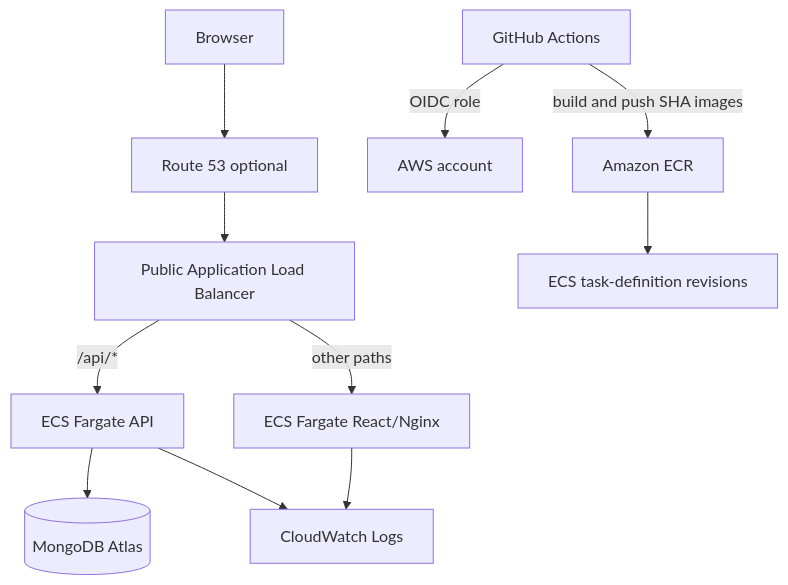
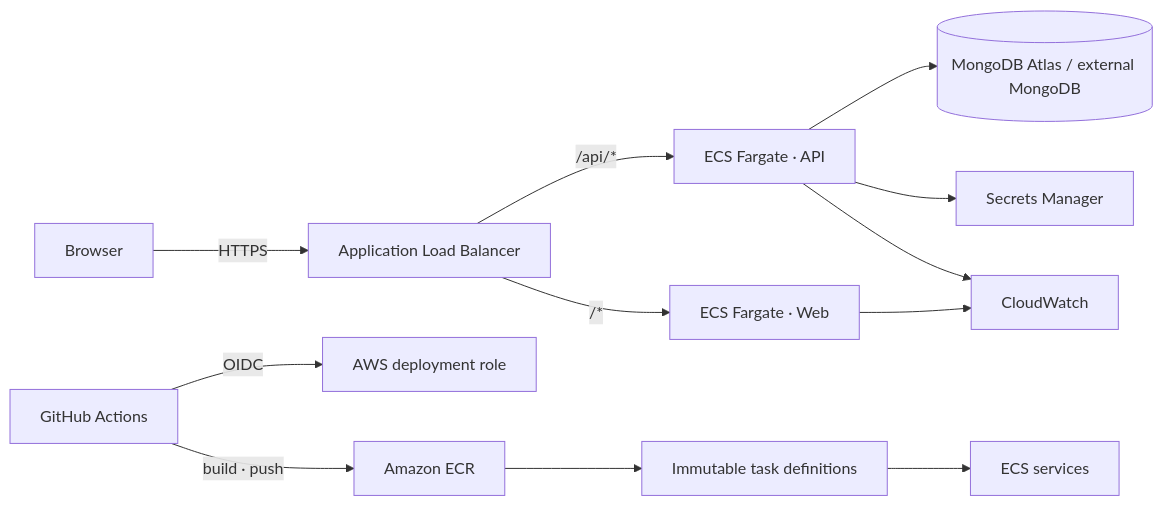
The diagram in README.md (S-charan120/homaid-aws-ecs), drawn with Mermaid before and after one commit. The commit also changed other lines of this file, not shown here.

Commit message:
docs: polish Homaid project overview and delivery flow

````diff
--- a/README.md
+++ b/README.md
@@ -23,13 +21,14 @@
 ```mermaid
-flowchart TB
-  B[Browser] --> DNS[Route 53 optional]
-  DNS --> ALB[Public Application Load Balancer]
-  ALB -->|/api/*| API[ECS Fargate API]
-  ALB -->|other paths| WEB[ECS Fargate React/Nginx]
-  API --> M[(MongoDB Atlas)]
-  API --> CW[CloudWatch Logs]
+flowchart LR
+  U[Browser] -->|HTTPS| ALB[Application Load Balancer]
+  ALB -->|/api/*| API[ECS Fargate · API]
+  ALB -->|/*| WEB[ECS Fargate · Web]
+  API --> DB[(MongoDB Atlas / external MongoDB)]
+  API --> SM[Secrets Manager]
+  API --> CW[CloudWatch]
   WEB --> CW
-  GH[GitHub Actions] -->|OIDC role| AWS[AWS account]
-  GH -->|build and push SHA images| ECR[Amazon ECR]
-  ECR --> ECS[ECS task-definition revisions]
+  GH[GitHub Actions] -->|OIDC| IAM[AWS deployment role]
+  GH -->|build · push| ECR[Amazon ECR]
+  ECR --> TD[Immutable task definitions]
+  TD --> ECS[ECS services]
 ```
````
